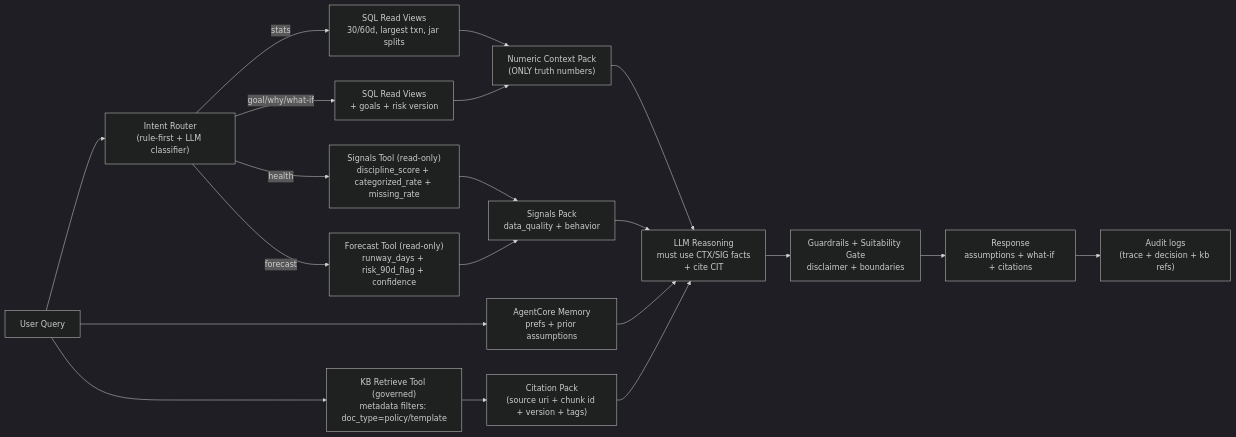
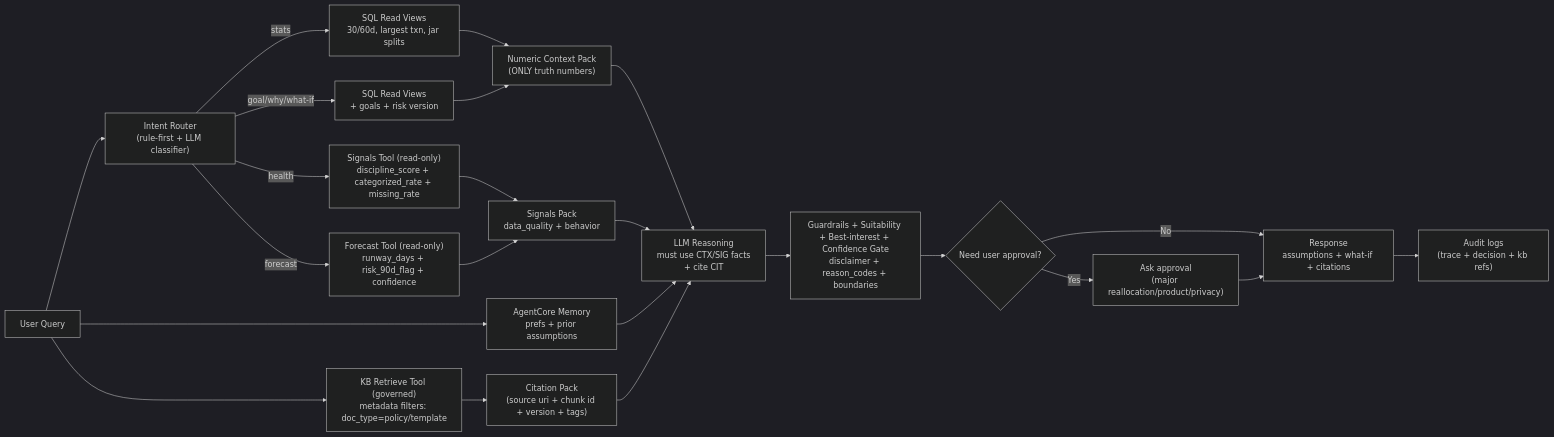
Before and after one commit to thphuc06/swin_hackathon: the third of 9 diagrams in PROJECT_STACK.md, drawn with Mermaid (dark theme). The commit also changed other lines of this file and 1 other file, not shown here.

````diff
--- a/PROJECT_STACK.md
+++ b/PROJECT_STACK.md
@@ -418,29 +603,32 @@
 ```mermaid
 flowchart LR
   Q["User Query"] --> IR["Intent Router<br/>(rule-first + LLM classifier)"]
 
   IR -->|stats| SQL1["SQL Read Views<br/>30/60d, largest txn, jar splits"]
   IR -->|goal/why/what-if| SQL2["SQL Read Views<br/>+ goals + risk version"]
   IR -->|health| SIGT["Signals Tool (read-only)<br/>discipline_score + categorized_rate + missing_rate"]
   IR -->|forecast| F90["Forecast Tool (read-only)<br/>runway_days + risk_90d_flag + confidence"]
 
   SQL1 --> CTX["Numeric Context Pack<br/>(ONLY truth numbers)"]
   SQL2 --> CTX
 
   SIGT --> SIG["Signals Pack<br/>data_quality + behavior"]
   F90 --> SIG
 
   Q --> MEM["AgentCore Memory<br/>prefs + prior assumptions"]
 
   Q --> KBTOOL["KB Retrieve Tool (governed)<br/>metadata filters: doc_type=policy/template"]
   KBTOOL --> CIT["Citation Pack<br/>(source uri + chunk id + version + tags)"]
 
   CTX --> REASON["LLM Reasoning<br/>must use CTX/SIG facts<br/>+ cite CIT"]
   SIG --> REASON
   MEM --> REASON
   CIT --> REASON
 
-  REASON --> SAFE["Guardrails + Suitability Gate<br/>disclaimer + boundaries"]
-  SAFE --> RESP["Response<br/>assumptions + what-if + citations"]
+  REASON --> SAFE["Guardrails + Suitability + Best-interest + Confidence Gate<br/>disclaimer + reason_codes + boundaries"]
+  SAFE --> HITL{"Need user approval?"}
+  HITL -->|No| RESP["Response<br/>assumptions + what-if + citations"]
+  HITL -->|Yes| CONF["Ask approval<br/>(major reallocation/product/privacy)"]
+  CONF --> RESP
   RESP --> AUD["Audit logs<br/>(trace + decision + kb refs)"]
 ```
````
